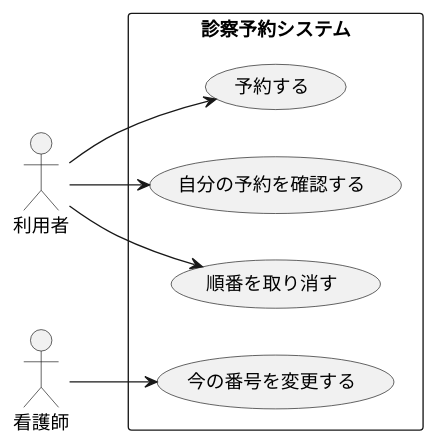
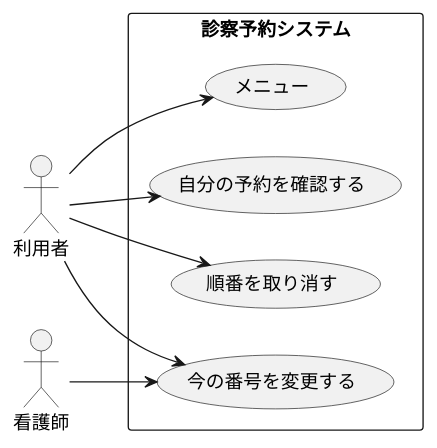
One commit to kikuchitokumasa/uml-introduction changed the diagram in 演習6-3_ステートマシン図_診察予約システム.pu. Above: the diagram before and after it, drawn with PlantUML.

Commit message:
演習6-3

```diff
--- a/演習6-3_ステートマシン図_診察予約システム.pu
+++ b/演習6-3_ステートマシン図_診察予約システム.pu
@@ -1,16 +1,17 @@
 @startuml
 left to right direction
 actor 利用者 as user 
 actor 看護師 as nasu
 rectangle 診察予約システム{
-    usecase 予約する as a1
+    usecase メニュー as a1
     usecase 自分の予約を確認する as a2
     usecase 順番を取り消す as a3
     usecase 今の番号を変更する as a4
 }
 user --> a1
 user --> a2
 user --> a3
+user --> a4
 nasu --> a4
 
 @enduml
```
